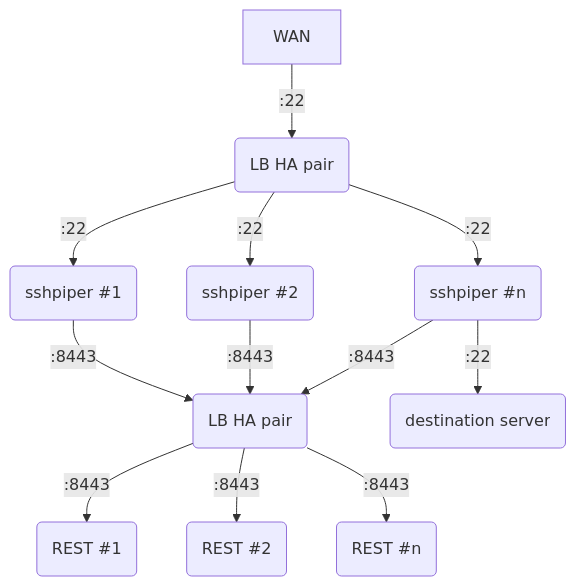
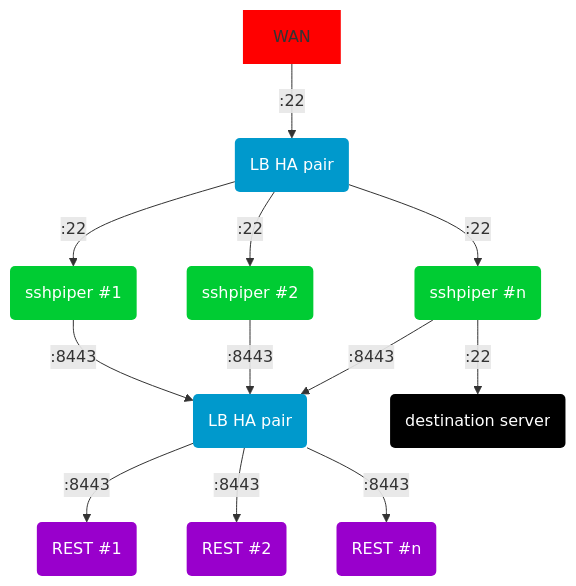
One commit to 11notes/docker-sshpiper changed the diagram in README.md. Above: the diagram before and after it, drawn with Mermaid.

Commit message:
add flowchart (ha)

````diff
--- a/README.md
+++ b/README.md
@@ -116,14 +116,20 @@
 ```mermaid
 flowchart TD
-    A[WAN] -->|:22| B(LB HA pair)
-    B -->|:22| C(sshpiper #1)
-    B -->|:22| D(sshpiper #2)
-    B -->|:22| E(sshpiper #n)
-    C -->|:8443| F(LB HA pair)
+    A[WAN]:::WAN -->|:22| B(LB HA pair):::LB
+    B -->|:22| C(sshpiper #1):::SSH
+    B -->|:22| D(sshpiper #2):::SSH
+    B -->|:22| E(sshpiper #n):::SSH
+    C -->|:8443| F(LB HA pair):::LB
     D -->|:8443| F(LB HA pair)
     E -->|:8443| F(LB HA pair)
-    F -->|:8443| G(REST #1)
-    F -->|:8443| H(REST #2)
-    F -->|:8443| I(REST #n)
-    E -->|:22| J(destination server)
+    F -->|:8443| G(REST #1):::REST
+    F -->|:8443| H(REST #2):::REST
+    F -->|:8443| I(REST #n):::REST
+    E -->|:22| J(destination server):::DESTINATION
+
+    classDef WAN fill:#FF0000,stroke:none,color#FFF
+    classDef LB fill:#0099CC,stroke:none,color:#FFF
+    classDef SSH fill:#00CC33,stroke:none,color:#FFF
+    classDef REST fill:#9900CC,stroke:none,color:#FFF
+    classDef DESTINATION fill:#000000,stroke:none,color:#FFF  
 ```
````
